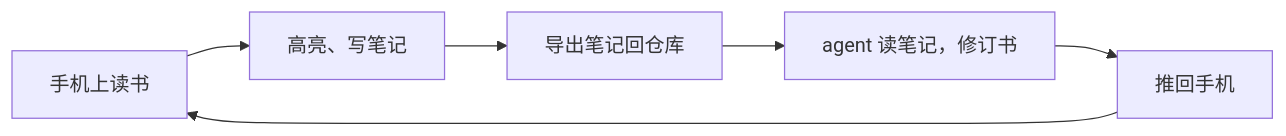
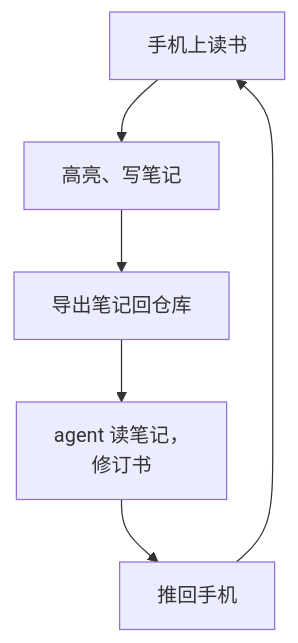
Before and after one commit to jarvis-pro/hatch-shelf: the third of 3 diagrams in books/product-thinking/08-feedback-to-iteration.md, drawn with Mermaid. The commit also changed other lines of this file and 432 other files, not shown here.

````diff
--- a/books/product-thinking/08-feedback-to-iteration.md
+++ b/books/product-thinking/08-feedback-to-iteration.md
@@ -156,8 +158,8 @@
 ```mermaid
-flowchart LR
+flowchart TD
   A["手机上读书"] --> B["高亮、写笔记"]
   B --> C["导出笔记回仓库"]
-  C --> D["agent 读笔记，修订书"]
+  C --> D["agent 读笔记，<br/>修订书"]
   D --> E["推回手机"]
   E --> A
 ```
````
